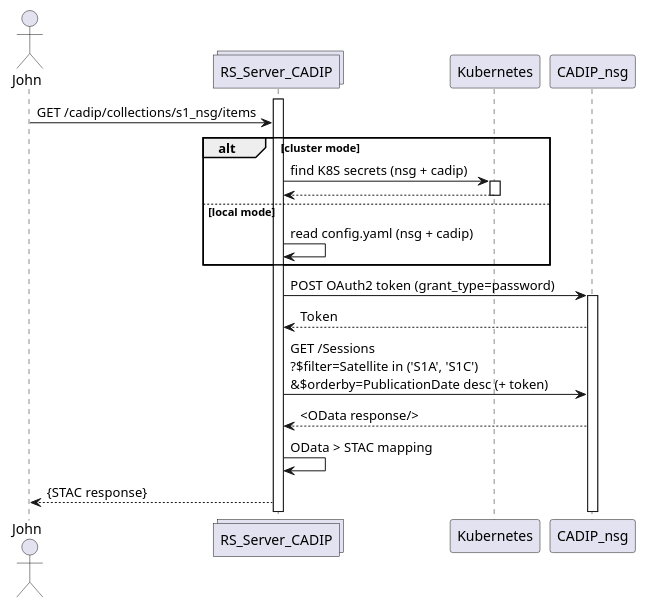
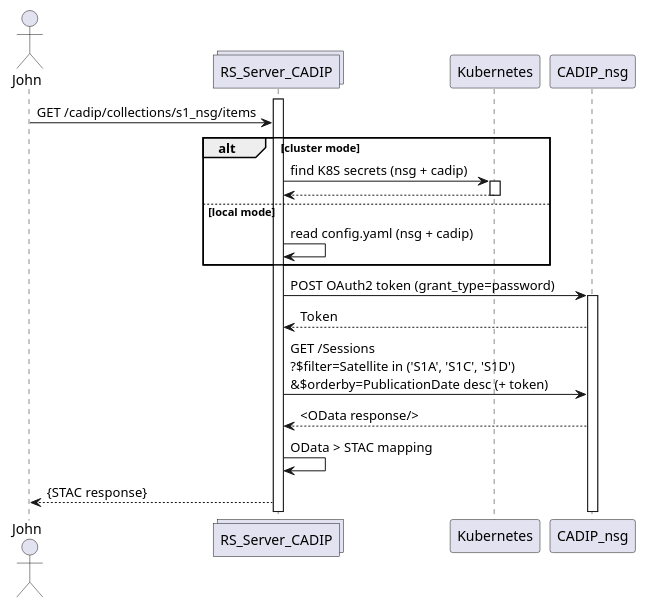
The diagram in docs/uml/external-data-sources-oauth2.plantuml (RS-PYTHON/rs-server), drawn with PlantUML before and after one commit. The commit also changed 11 other files, not shown here.

```diff
--- a/docs/uml/external-data-sources-oauth2.plantuml
+++ b/docs/uml/external-data-sources-oauth2.plantuml
@@ -15,25 +15,25 @@
 @startuml external-data-sources-oauth2
 
 actor John
 collections RS_Server_CADIP
 activate RS_Server_CADIP
 
 John -> RS_Server_CADIP: GET /cadip/collections/s1_nsg/items
 
 alt cluster mode
 RS_Server_CADIP -> Kubernetes ++ : find K8S secrets (nsg + cadip)
 Kubernetes --> RS_Server_CADIP
 deactivate Kubernetes
 else local mode
 RS_Server_CADIP -> RS_Server_CADIP: read config.yaml (nsg + cadip)
 end
 
 RS_Server_CADIP -> CADIP_nsg ++ : POST OAuth2 token (grant_type=password)
 CADIP_nsg --> RS_Server_CADIP : Token
 
-RS_Server_CADIP -> CADIP_nsg : GET /Sessions\n?$filter=Satellite in ('S1A', 'S1C')\n&$orderby=PublicationDate desc (+ token)
+RS_Server_CADIP -> CADIP_nsg : GET /Sessions\n?$filter=Satellite in ('S1A', 'S1C', 'S1D')\n&$orderby=PublicationDate desc (+ token)
 CADIP_nsg --> RS_Server_CADIP : <OData response/>
 RS_Server_CADIP -> RS_Server_CADIP : OData > STAC mapping
 RS_Server_CADIP --> John : {STAC response}
 
 @enduml
```
